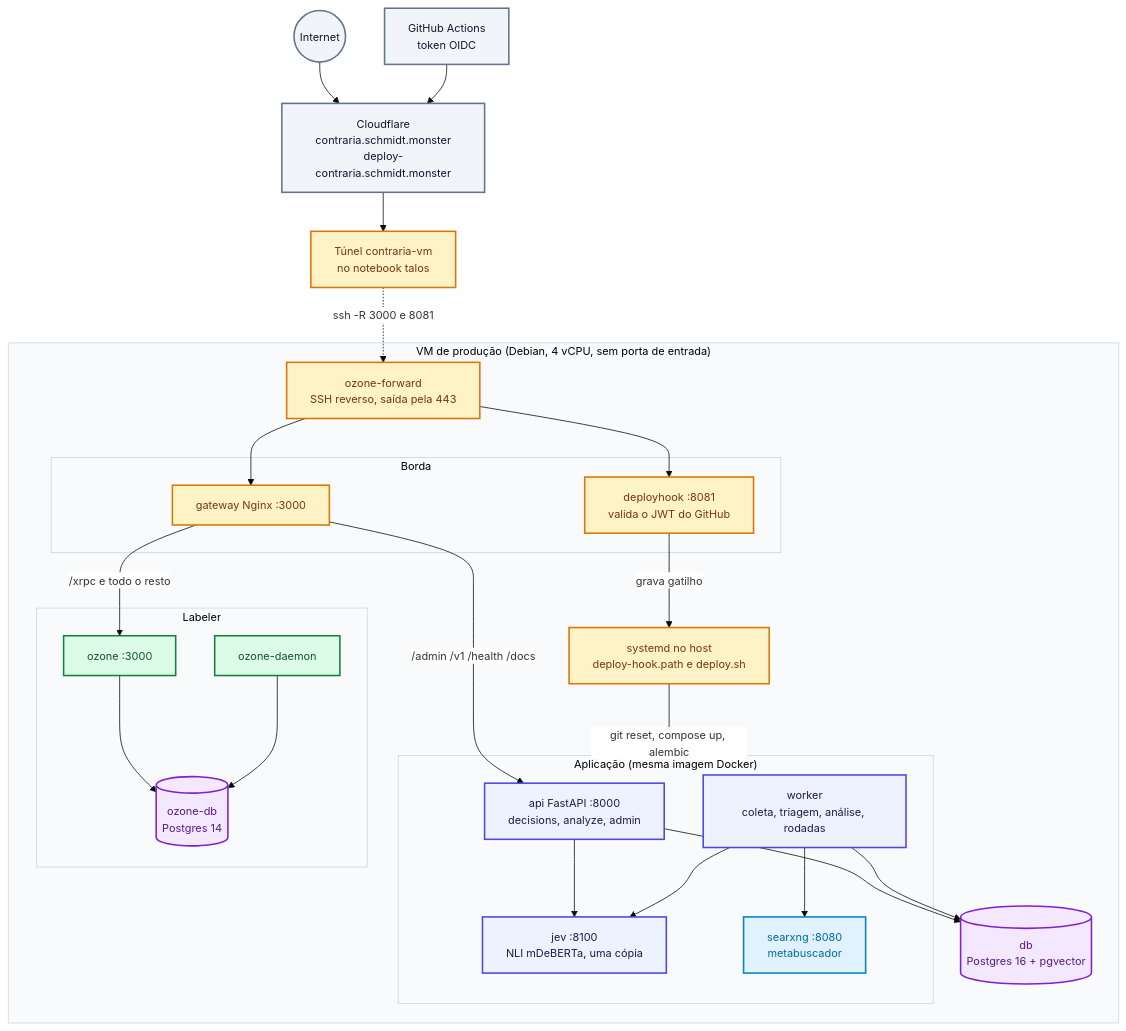
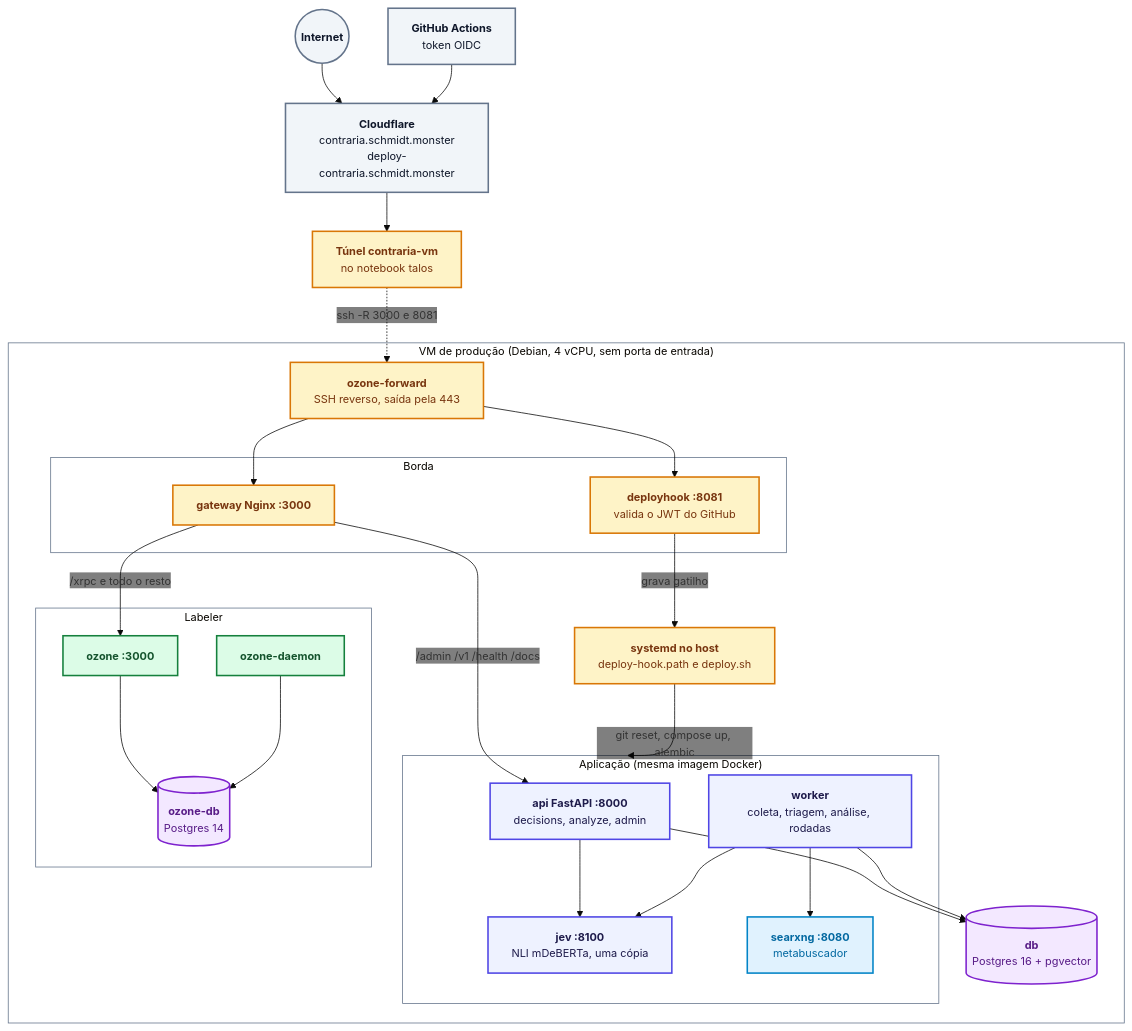
One commit to moonshinerd/ContrarIA changed the second of 11 diagrams in docs/arquitetura/mapa-do-sistema.md. Above: the diagram before and after it, drawn with Mermaid. The commit also changed other lines of this file and 3 other files, not shown here.

First line of the commit message:
docs: aprimora contraste dos diagramas mermaid no modo escuro e corrige admonitions

````diff
--- a/docs/arquitetura/mapa-do-sistema.md
+++ b/docs/arquitetura/mapa-do-sistema.md
@@ -99,58 +99,58 @@
 ```mermaid
-%%{init: {'theme': 'base', 'themeVariables': { 'fontSize': '14px', 'fontFamily': 'inherit', 'primaryColor': '#EEF2FF', 'edgeLabelBackground': '#FFFFFF', 'clusterBkg': '#F8FAFC', 'clusterBorder': '#CBD5E1' }}}%%
+%%{init: {'theme': 'base', 'themeVariables': { 'fontSize': '14px', 'fontFamily': 'inherit', 'clusterBkg': 'transparent', 'clusterBorder': '#64748B', 'edgeLabelBackground': 'transparent' }}}%%
 flowchart TB
     classDef ext fill:#F1F5F9,stroke:#64748B,stroke-width:2px,color:#0F172A
     classDef ingest fill:#E0F2FE,stroke:#0284C7,stroke-width:2px,color:#0369A1
     classDef core fill:#EEF2FF,stroke:#4F46E5,stroke-width:2px,color:#1E1B4B
     classDef store fill:#F3E8FF,stroke:#7E22CE,stroke-width:2px,color:#581C87
     classDef guard fill:#FEF3C7,stroke:#D97706,stroke-width:2px,color:#78350F
     classDef out fill:#DCFCE7,stroke:#15803D,stroke-width:2px,color:#14532D
 
-    NET(("Internet")):::ext
-    GHA["GitHub Actions<br/>token OIDC"]:::ext
-    CF["Cloudflare<br/>contraria.schmidt.monster<br/>deploy-contraria.schmidt.monster"]:::ext
+    NET(("<span style='color:#0F172A'><b>Internet</b></span>")):::ext
+    GHA["<span style='color:#0F172A'><b>GitHub Actions</b><br/>token OIDC</span>"]:::ext
+    CF["<span style='color:#0F172A'><b>Cloudflare</b><br/>contraria.schmidt.monster<br/>deploy-contraria.schmidt.monster</span>"]:::ext
     NET --> CF
     GHA --> CF
-    CF --> TUN["Túnel contraria-vm<br/>no notebook talos"]:::guard
+    CF --> TUN["<span style='color:#78350F'><b>Túnel contraria-vm</b><br/>no notebook talos</span>"]:::guard
 
     subgraph VM["VM de produção (Debian, 4 vCPU, sem porta de entrada)"]
-        FWD["ozone-forward<br/>SSH reverso, saída pela 443"]:::guard
+        FWD["<span style='color:#78350F'><b>ozone-forward</b><br/>SSH reverso, saída pela 443</span>"]:::guard
 
         subgraph EDGE["Borda"]
-            GW["gateway Nginx :3000"]:::guard
-            DH["deployhook :8081<br/>valida o JWT do GitHub"]:::guard
+            GW["<span style='color:#78350F'><b>gateway Nginx :3000</b></span>"]:::guard
+            DH["<span style='color:#78350F'><b>deployhook :8081</b><br/>valida o JWT do GitHub</span>"]:::guard
         end
 
         subgraph APP["Aplicação (mesma imagem Docker)"]
-            API["api FastAPI :8000<br/>decisions, analyze, admin"]:::core
-            WK["worker<br/>coleta, triagem, análise, rodadas"]:::core
-            JEV["jev :8100<br/>NLI mDeBERTa, uma cópia"]:::core
-            SX["searxng :8080<br/>metabuscador"]:::ingest
+            API["<span style='color:#1E1B4B'><b>api FastAPI :8000</b><br/>decisions, analyze, admin</span>"]:::core
+            WK["<span style='color:#1E1B4B'><b>worker</b><br/>coleta, triagem, análise, rodadas</span>"]:::core
+            JEV["<span style='color:#1E1B4B'><b>jev :8100</b><br/>NLI mDeBERTa, uma cópia</span>"]:::core
+            SX["<span style='color:#0369A1'><b>searxng :8080</b><br/>metabuscador</span>"]:::ingest
         end
 
         subgraph LAB["Labeler"]
-            OZ["ozone :3000"]:::out
-            OZD["ozone-daemon"]:::out
-            OZDB[("ozone-db<br/>Postgres 14")]:::store
+            OZ["<span style='color:#14532D'><b>ozone :3000</b></span>"]:::out
+            OZD["<span style='color:#14532D'><b>ozone-daemon</b></span>"]:::out
+            OZDB[("<span style='color:#581C87'><b>ozone-db</b><br/>Postgres 14</span>")]:::store
         end
 
-        DB[("db<br/>Postgres 16 + pgvector")]:::store
-        HOST["systemd no host<br/>deploy-hook.path e deploy.sh"]:::guard
+        DB[("<span style='color:#581C87'><b>db</b><br/>Postgres 16 + pgvector</span>")]:::store
+        HOST["<span style='color:#78350F'><b>systemd no host</b><br/>deploy-hook.path e deploy.sh</span>"]:::guard
     end
 
     TUN -.->|"ssh -R 3000 e 8081"| FWD
     FWD --> GW
     FWD --> DH
     GW -->|"/admin /v1 /health /docs"| API
     GW -->|"/xrpc e todo o resto"| OZ
     DH -->|"grava gatilho"| HOST
     HOST -->|"git reset, compose up, alembic"| APP
 
     API --> DB
     WK --> DB
     API --> JEV
     WK --> JEV
     WK --> SX
     OZ --> OZDB
     OZD --> OZDB
 ```
````
